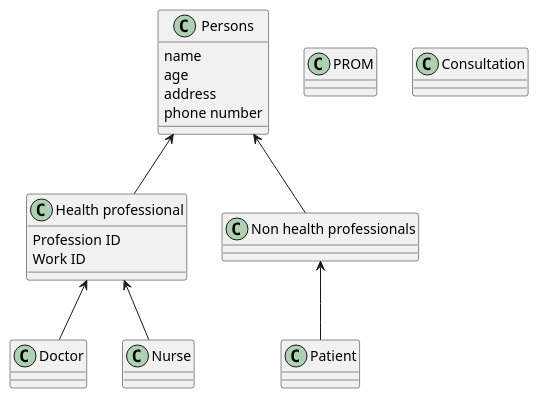
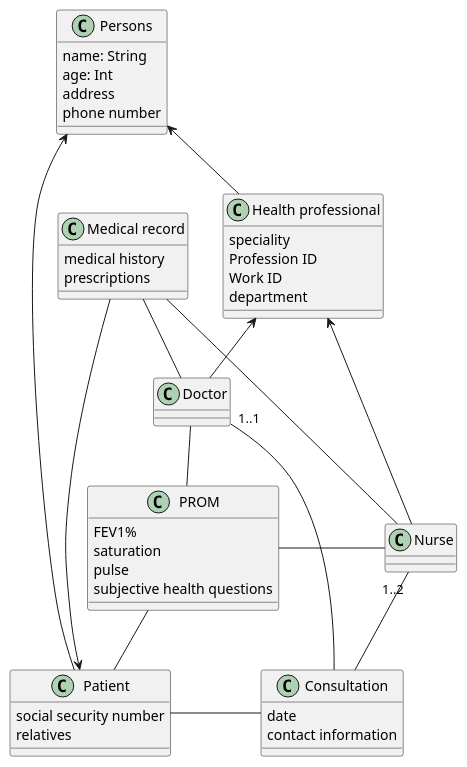
One commit to Purreskov/Softwareudvikling---Github changed the diagram in Class diagram - iteration 1.puml. Above: the diagram before and after it, drawn with PlantUML.

Commit message:
Update class diagram
Ændringer/tilføjelser til classes samt multiplicty tilføjelser

```diff
--- a/Class diagram - iteration 1.puml
+++ b/Class diagram - iteration 1.puml
@@ -1,31 +1,49 @@
 @startuml
 'https://plantuml.com/class-diagram
 
 class "Persons" as persons
-persons : name
-persons : age
+persons : name: String
+persons : age: Int
 persons : address
 persons : phone number
 
-
 class "PROM" as prom
+prom : FEV1%
+prom : saturation
+prom : pulse
+prom : subjective health questions
 class "Consultation" as consultation
+consultation : date
+consultation : contact information
 class "Patient" as patient
+patient : social security number
+'patient : prescriptions
+'patient : medical record
+patient : relatives
 class "Doctor" as doctor
 class "Nurse" as nurse
+class "Medical record" as mr
+mr : medical history
+mr : prescriptions
 class "Health professional" as HP
+HP : speciality
 HP : Profession ID
 HP : Work ID
-
-class "Non health professionals" as NHP
+HP : department
 
 
+mr --> patient
+mr -- doctor
+mr -- nurse
 persons <-- HP
-persons <-- NHP
-NHP <-- patient
+'persons <-- NHP
+persons <-- patient
 HP <-- doctor
 HP <-- nurse
-
-
-
+doctor "1..1" -- consultation
+nurse "1..2" -- consultation
+prom - nurse
+prom -- patient
+doctor -- prom
+patient - consultation
 @enduml
```
